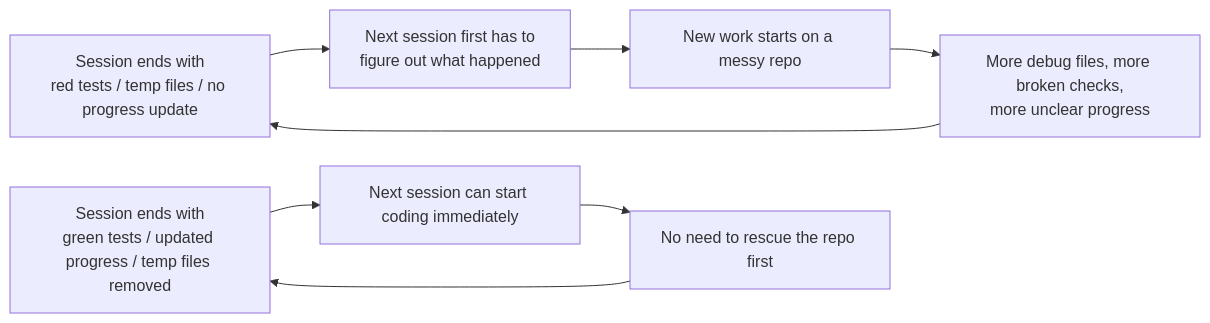
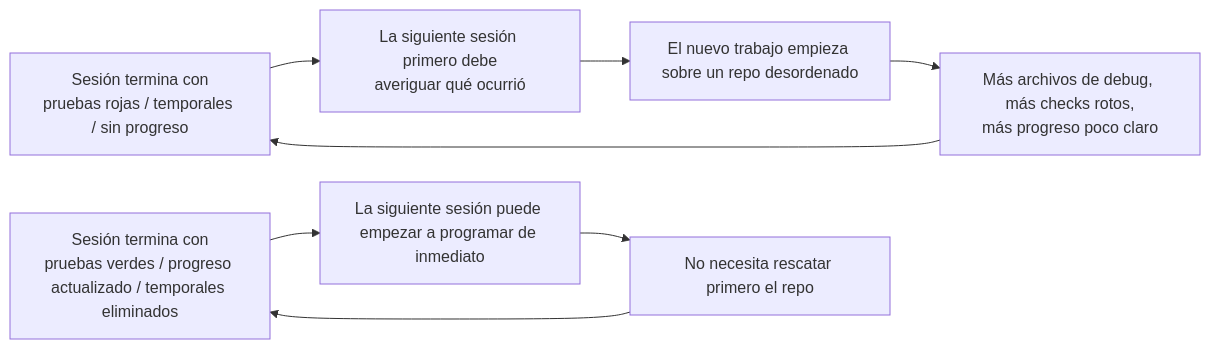
The second of 2 diagrams in docs/es/lectures/lecture-12-why-every-session-must-leave-a-clean-state/index.md (jordipiella/learn-harness-engineering), drawn with Mermaid before and after one commit. The commit also changed other lines of this file and 108 other files, not shown here.

````diff
--- a/docs/es/lectures/lecture-12-why-every-session-must-leave-a-clean-state/index.md
+++ b/docs/es/lectures/lecture-12-why-every-session-must-leave-a-clean-state/index.md
@@ -39,11 +39,11 @@
 ```mermaid
 flowchart LR
-    Dirty["Session ends with<br/>red tests / temp files / no progress update"] --> Diagnose["Next session first has to<br/>figure out what happened"]
-    Diagnose --> Fragile["New work starts on a messy repo"]
-    Fragile --> More["More debug files, more broken checks,<br/>more unclear progress"]
+    Dirty["Sesión termina con<br/>pruebas rojas / temporales / sin progreso"] --> Diagnose["La siguiente sesión primero debe<br/>averiguar qué ocurrió"]
+    Diagnose --> Fragile["El nuevo trabajo empieza sobre un repo desordenado"]
+    Fragile --> More["Más archivos de debug, más checks rotos,<br/>más progreso poco claro"]
     More --> Dirty
 
-    Clean["Session ends with<br/>green tests / updated progress / temp files removed"] --> Fast["Next session can start coding immediately"]
-    Fast --> Stable["No need to rescue the repo first"]
+    Clean["Sesión termina con<br/>pruebas verdes / progreso actualizado / temporales eliminados"] --> Fast["La siguiente sesión puede empezar a programar de inmediato"]
+    Fast --> Stable["No necesita rescatar primero el repo"]
     Stable --> Clean
 ```
````
